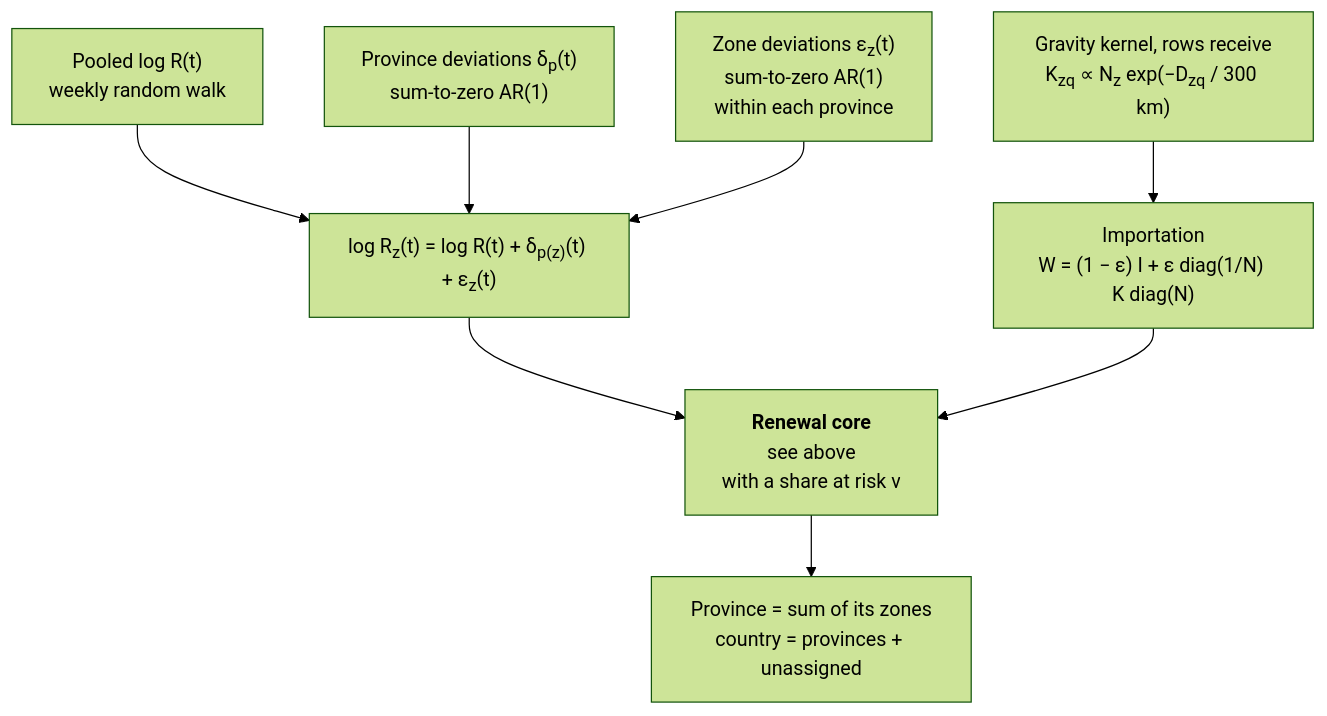
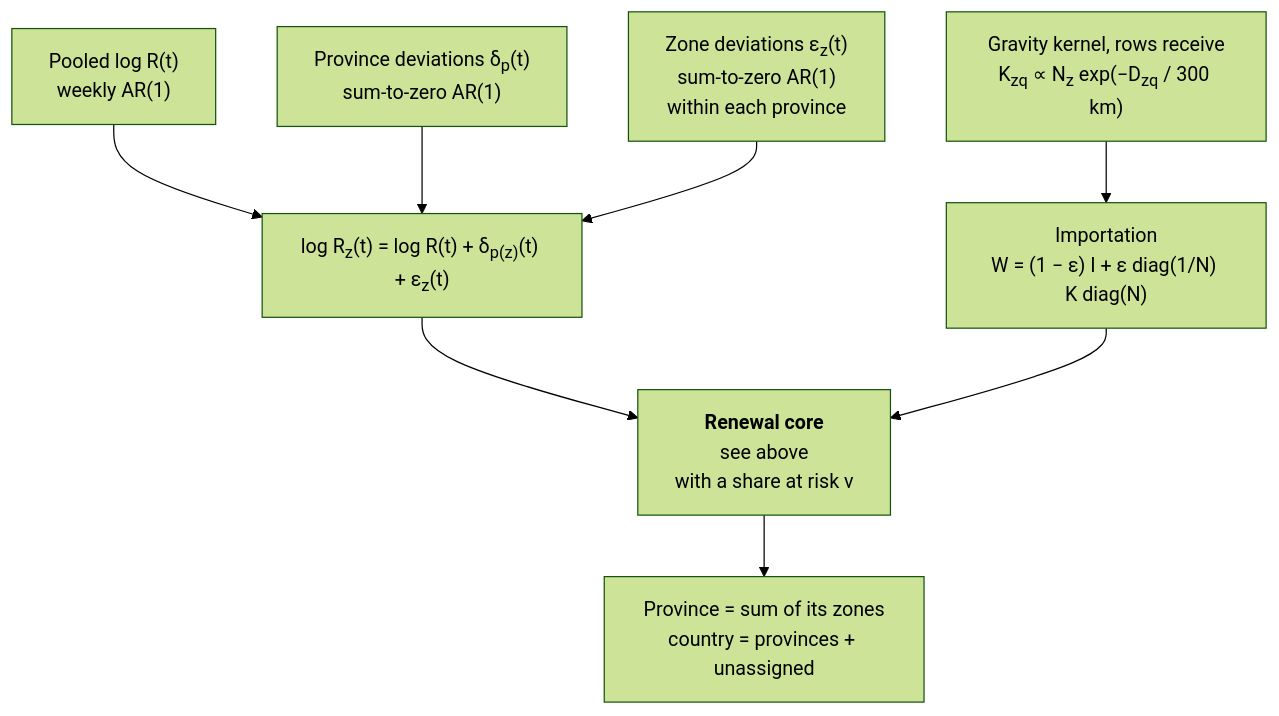
The third of 4 diagrams in docs/methods/model.md (seabbs/bdbv-hub-modelling), drawn with Mermaid (forest theme) before and after one commit. The commit also changed other lines of this file and 7 other files, not shown here.

Commit message:
feat(renewal): fit the pooled log Rt as an AR(1), continued unchanged in the forecast (#736)

````diff
--- a/docs/methods/model.md
+++ b/docs/methods/model.md
@@ -207,19 +210,19 @@
 ```mermaid
 flowchart TD
-    LR["Pooled log R(t)<br/>weekly random walk"]
+    LR["Pooled log R(t)<br/>weekly AR(1)"]
     DV["Province deviations δ<sub>p</sub>(t)<br/>sum-to-zero AR(1)"]
     ZV["Zone deviations ε<sub>z</sub>(t)<br/>sum-to-zero AR(1)<br/>within each province"]
     RP["log R<sub>z</sub>(t) = log R(t) + δ<sub>p(z)</sub>(t) + ε<sub>z</sub>(t)"]
     K["Gravity kernel, rows receive<br/>K<sub>zq</sub> ∝ N<sub>z</sub> exp(−D<sub>zq</sub> / 300 km)"]
     W["Importation<br/>W = (1 − ε) I + ε diag(1/N) K diag(N)"]
     CORE["<b>Renewal core</b><br/>see above<br/>with a share at risk ν"]
     SUM["Province = sum of its zones<br/>country = provinces + unassigned"]
 
     LR --> RP
     DV --> RP
     ZV --> RP
     K --> W
     RP --> CORE
     W --> CORE
     CORE --> SUM
 ```
````
